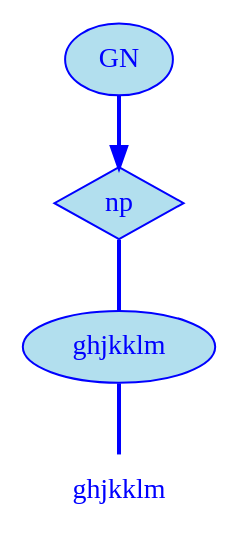
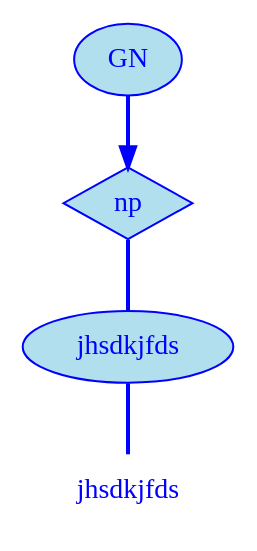
Before and after one commit to oualid13/MacaWeb: the diagram in version-ser/js/mc1s1.dot, drawn with Graphviz. The commit also changed 3 other files, not shown here.

```diff
--- a/version-ser/js/mc1s1.dot
+++ b/version-ser/js/mc1s1.dot
@@ -1,11 +1,11 @@
 digraph g {
 	node [label="\N"];
-	graph [bb="0,0,96,252"];
-	"mc1s1_t1#token84" [label=ghjkklm, shape=plaintext, fillcolor=lightblue2, fontcolor=blue, pos="48,18", width="0.97", height="0.50"];
-	"mc1s1_W1#wordmc1s1_t1#token" [label=ghjkklm, shape=ellipse, fillcolor=lightblue2, fontcolor=blue, color=blue, style=filled, pos="48,90", width="1.33", height="0.50"];
-	"mc1s1_P13#pos" [label=np, shape=diamond, fillcolor=lightblue2, fontcolor=blue, color=blue, style=filled, pos="48,162", width="0.75", height="0.50"];
-	"mc1s1_chk0#chunk" [label=GN, fillcolor=lightblue2, fontcolor=blue, color=blue, style=filled, arrowhead=doubleoctagon, pos="48,234", width="0.75", height="0.50"];
-	"mc1s1_W1#wordmc1s1_t1#token" -> "mc1s1_t1#token84" [arrowhead=none, color=blue, fontcolor=blue, style=bold, minlen=1, pos="48,72 48,61 48,47 48,36"];
-	"mc1s1_P13#pos" -> "mc1s1_W1#wordmc1s1_t1#token" [arrowhead=none, color=blue, fontcolor=blue, style=bold, minlen=1, pos="48,144 48,133 48,119 48,108"];
-	"mc1s1_chk0#chunk" -> "mc1s1_P13#pos" [color=blue, fontcolor=blue, style=bold, minlen=1, shape=normal, pos="e,48,180 48,216 48,208 48,199 48,190"];
+	graph [bb="0,0,104,252"];
+	"mc1s1_t1#token84" [label=jhsdkjfds, shape=plaintext, fillcolor=lightblue2, fontcolor=blue, pos="52,18", width="1.03", height="0.50"];
+	"mc1s1_W1#wordmc1s1_t1#token" [label=jhsdkjfds, shape=ellipse, fillcolor=lightblue2, fontcolor=blue, color=blue, style=filled, pos="52,90", width="1.44", height="0.50"];
+	"mc1s1_P13#pos" [label=np, shape=diamond, fillcolor=lightblue2, fontcolor=blue, color=blue, style=filled, pos="52,162", width="0.75", height="0.50"];
+	"mc1s1_chk0#chunk" [label=GN, fillcolor=lightblue2, fontcolor=blue, color=blue, style=filled, arrowhead=doubleoctagon, pos="52,234", width="0.75", height="0.50"];
+	"mc1s1_W1#wordmc1s1_t1#token" -> "mc1s1_t1#token84" [arrowhead=none, color=blue, fontcolor=blue, style=bold, minlen=1, pos="52,72 52,61 52,47 52,36"];
+	"mc1s1_P13#pos" -> "mc1s1_W1#wordmc1s1_t1#token" [arrowhead=none, color=blue, fontcolor=blue, style=bold, minlen=1, pos="52,144 52,133 52,119 52,108"];
+	"mc1s1_chk0#chunk" -> "mc1s1_P13#pos" [color=blue, fontcolor=blue, style=bold, minlen=1, shape=normal, pos="e,52,180 52,216 52,208 52,199 52,190"];
 }
```
